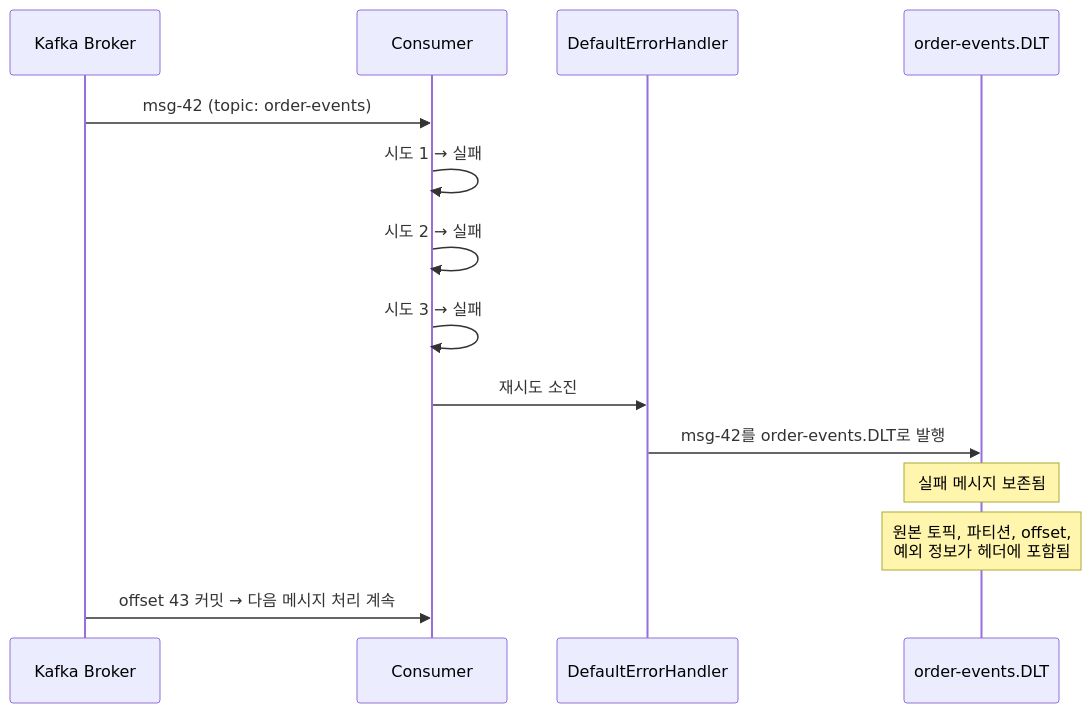
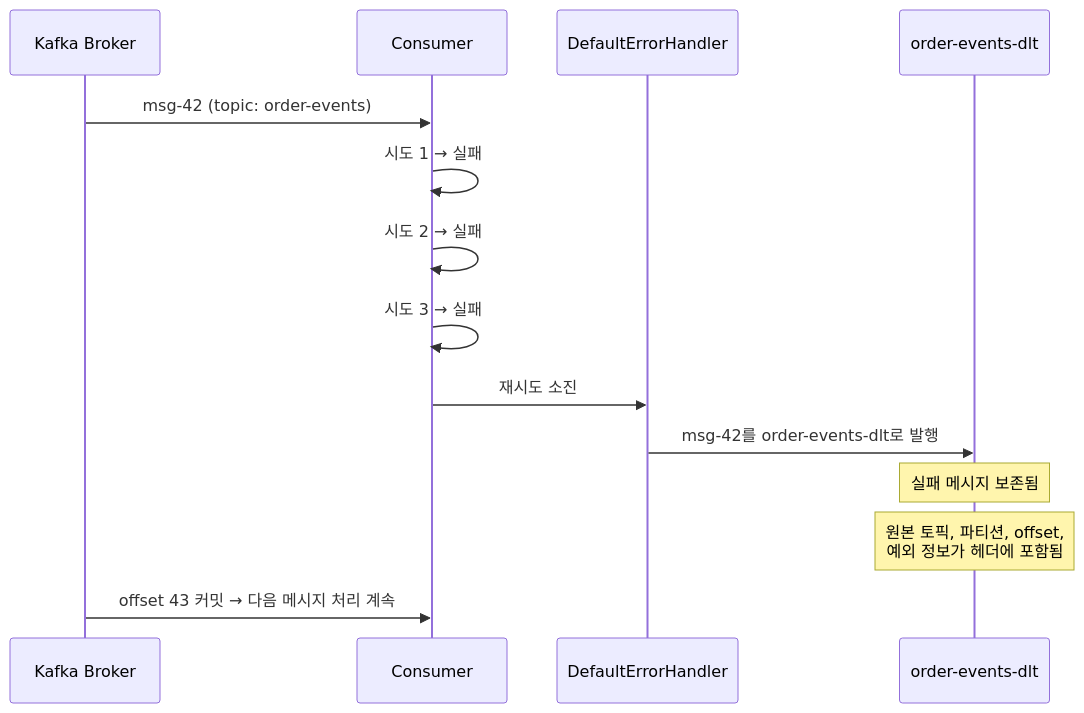
The second of 2 diagrams in src/test/java/com/example/kafka/s05_dlq/README.md (ghtjr410/kafka-lab), drawn with Mermaid before and after one commit. The commit also changed other lines of this file and 8 other files, not shown here.

````diff
--- a/src/test/java/com/example/kafka/s05_dlq/README.md
+++ b/src/test/java/com/example/kafka/s05_dlq/README.md
@@ -66,20 +66,20 @@
 ```mermaid
 sequenceDiagram
     participant K as Kafka Broker
     participant C as Consumer
     participant EH as DefaultErrorHandler
-    participant DLT as order-events.DLT
+    participant DLT as order-events-dlt
 
     K->>C: msg-42 (topic: order-events)
     C->>C: 시도 1 → 실패
     C->>C: 시도 2 → 실패
     C->>C: 시도 3 → 실패
 
     C->>EH: 재시도 소진
-    EH->>DLT: msg-42를 order-events.DLT로 발행
+    EH->>DLT: msg-42를 order-events-dlt로 발행
 
     Note over DLT: 실패 메시지 보존됨
     Note over DLT: 원본 토픽, 파티션, offset,<br/>예외 정보가 헤더에 포함됨
 
     K->>C: offset 43 커밋 → 다음 메시지 처리 계속
 ```
````
